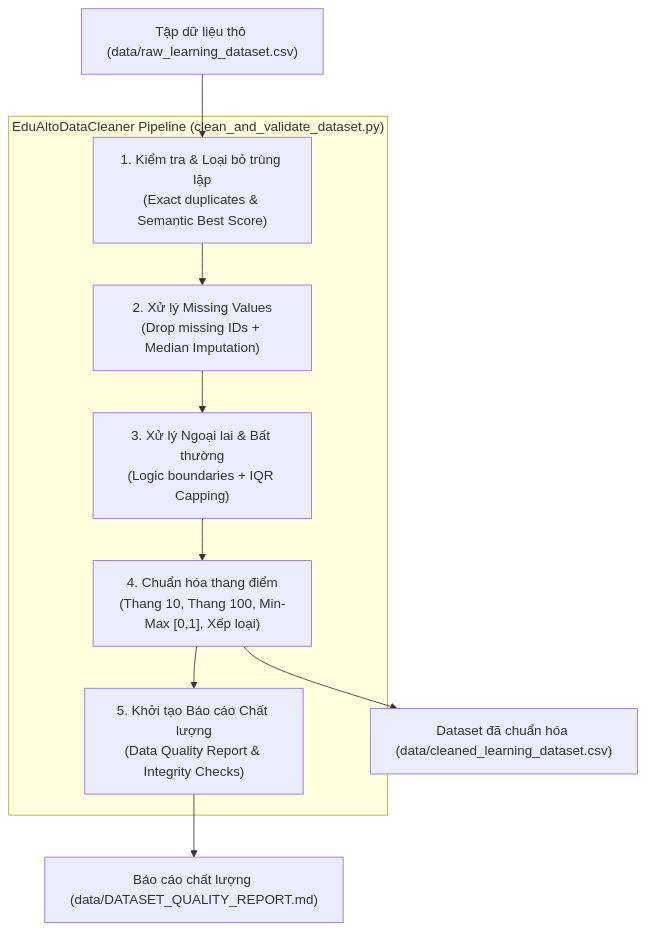
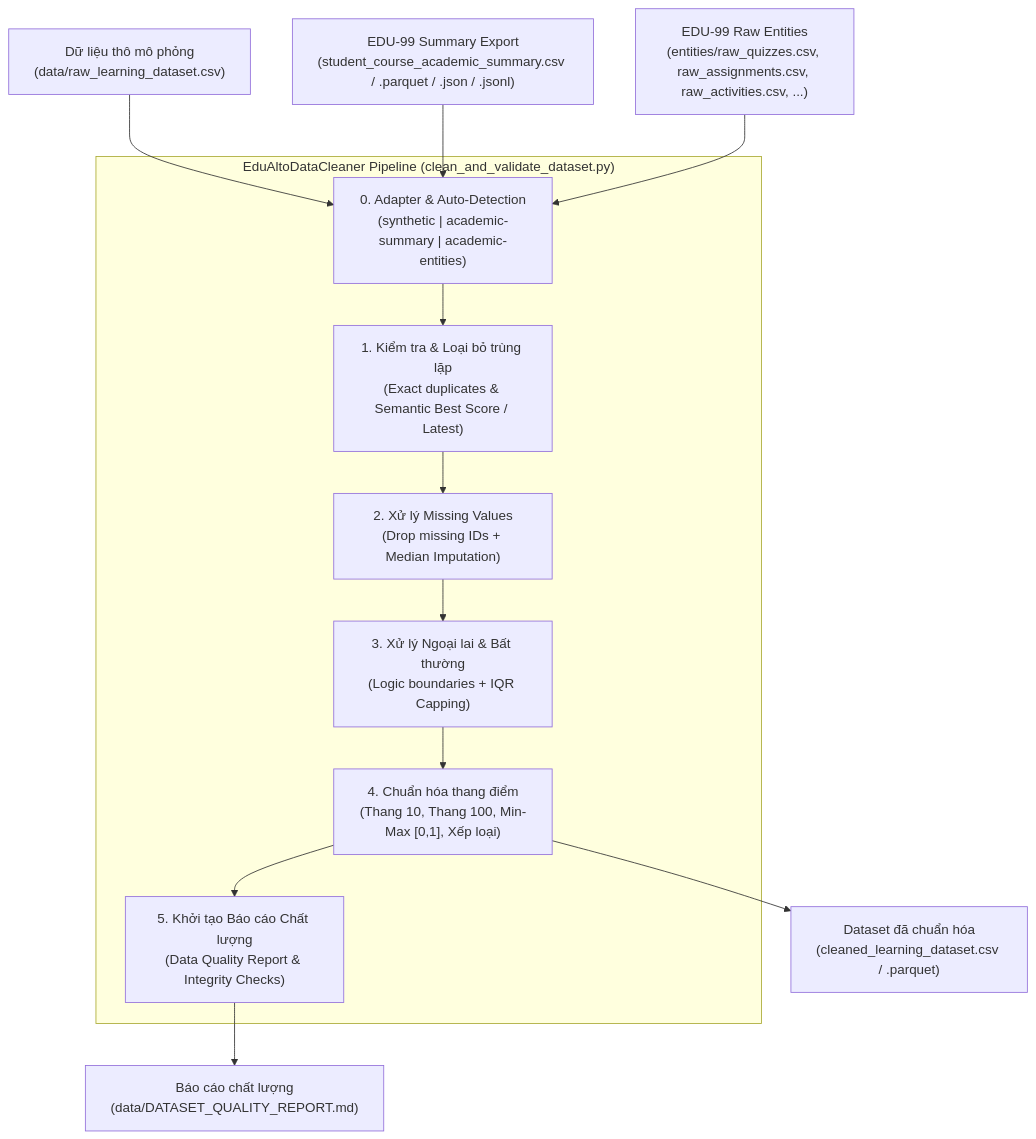
The diagram in docs/architecture/data-cleaning-and-validation.md (teehihi/edu-alto), drawn with Mermaid before and after one commit. The commit also changed other lines of this file and 3 other files, not shown here.

Commit message:
docs(architecture,database): sync learning activity schema and ETL pipeline docs (EDU-96, EDU-97, EDU-99, EDU-100)

````diff
--- a/docs/architecture/data-cleaning-and-validation.md
+++ b/docs/architecture/data-cleaning-and-validation.md
@@ -28,21 +29,26 @@
 ```mermaid
 flowchart TD
-    RawData["Tập dữ liệu thô (data/raw_learning_dataset.csv)"]
-    
+    SyntheticRaw["Dữ liệu thô mô phỏng\n(data/raw_learning_dataset.csv)"]
+    Edu99Summary["EDU-99 Summary Export\n(student_course_academic_summary.csv / .parquet / .json / .jsonl)"]
+    Edu99Entities["EDU-99 Raw Entities\n(entities/raw_quizzes.csv, raw_assignments.csv, raw_activities.csv, ...)"]
+
     subgraph Pipeline ["EduAltoDataCleaner Pipeline (clean_and_validate_dataset.py)"]
-        Step1["1. Kiểm tra & Loại bỏ trùng lặp\n(Exact duplicates & Semantic Best Score)"]
+        Adapter["0. Adapter & Auto-Detection\n(synthetic | academic-summary | academic-entities)"]
+        Step1["1. Kiểm tra & Loại bỏ trùng lặp\n(Exact duplicates & Semantic Best Score / Latest)"]
         Step2["2. Xử lý Missing Values\n(Drop missing IDs + Median Imputation)"]
         Step3["3. Xử lý Ngoại lai & Bất thường\n(Logic boundaries + IQR Capping)"]
         Step4["4. Chuẩn hóa thang điểm\n(Thang 10, Thang 100, Min-Max [0,1], Xếp loại)"]
         Step5["5. Khởi tạo Báo cáo Chất lượng\n(Data Quality Report & Integrity Checks)"]
-        
-        Step1 --> Step2 --> Step3 --> Step4 --> Step5
+
+        Adapter --> Step1 --> Step2 --> Step3 --> Step4 --> Step5
     end
-    
-    CleanData["Dataset đã chuẩn hóa (data/cleaned_learning_dataset.csv)"]
-    Report["Báo cáo chất lượng (data/DATASET_QUALITY_REPORT.md)"]
-    
-    RawData --> Step1
+
+    CleanData["Dataset đã chuẩn hóa\n(cleaned_learning_dataset.csv / .parquet)"]
+    Report["Báo cáo chất lượng\n(data/DATASET_QUALITY_REPORT.md)"]
+
+    SyntheticRaw --> Adapter
+    Edu99Summary --> Adapter
+    Edu99Entities --> Adapter
     Step4 --> CleanData
     Step5 --> Report
 ```
````
